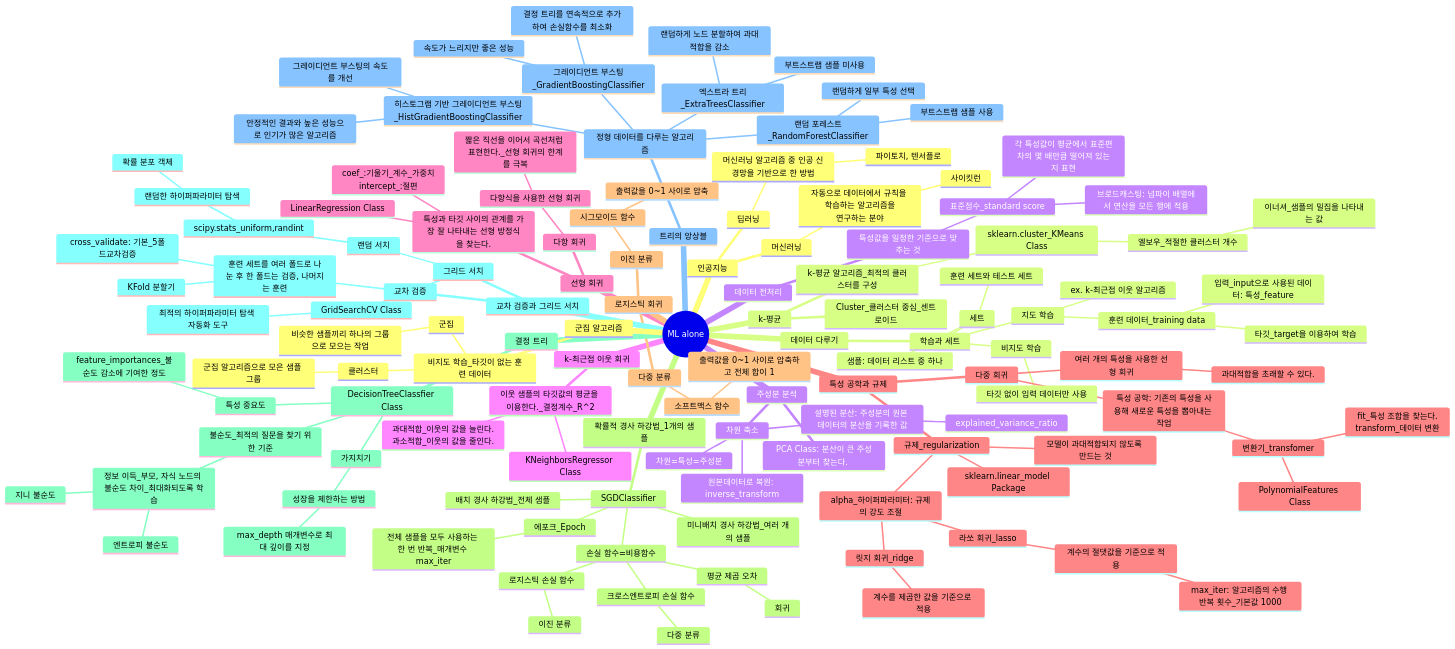
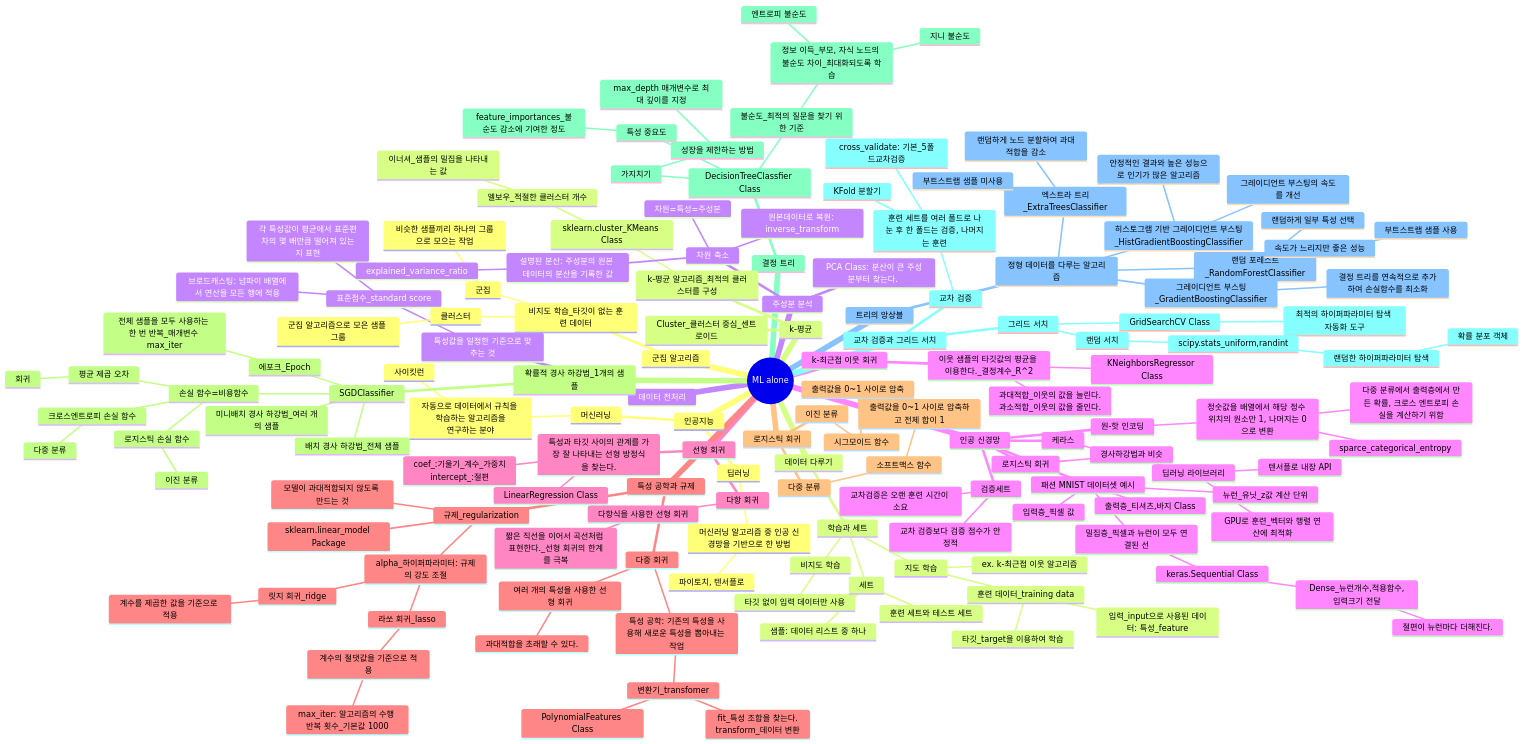
The diagram in mindmap.md (Jieun011211/ml-study-alone), drawn with Mermaid before and after one commit. The commit also changed 2 other files, not shown here.

Commit message:
add: 07-1. 인공신경망

````diff
--- a/mindmap.md
+++ b/mindmap.md
@@ -129,4 +129,26 @@
         설명된 분산: 주성분의 원본 데이터의 분산을 기록한 값
           explained_variance_ratio
         원본데이터로 복원: inverse_transform
+    인공 신경망
+      로지스틱 회귀
+        경사하강법과 비슷
+      패션 MNIST 데이터셋 예시
+        출력층_티셔츠,바지 Class
+        뉴런_유닛_z값 계산 단위
+        입력층_픽셀 값
+        밀집층_픽셀과 뉴런이 모두 연결된 선
+          keras.Sequential Class
+            Dense_뉴런개수,적용함수,입력크기 전달
+              절편이 뉴런마다 더해진다.
+      케라스
+        딥러닝 라이브러리
+          GPU로 훈련_벡터와 행렬 연산에 최적화
+          텐서플로 내장 API
+      검증세트
+        교차 검증보다 검증 점수가 안정적
+        교차검증은 오랜 훈련 시간이 소요
+      원-핫 인코딩
+        정숫값을 배열에서 해당 정수 위치의 원소만 1, 나머지는 0으로 변환
+          다중 분류에서 출력층에서 만든 확률, 크로스 엔트로피 손실을 계산하기 위함
+          sparce_categorical_entropy
 ```
````
